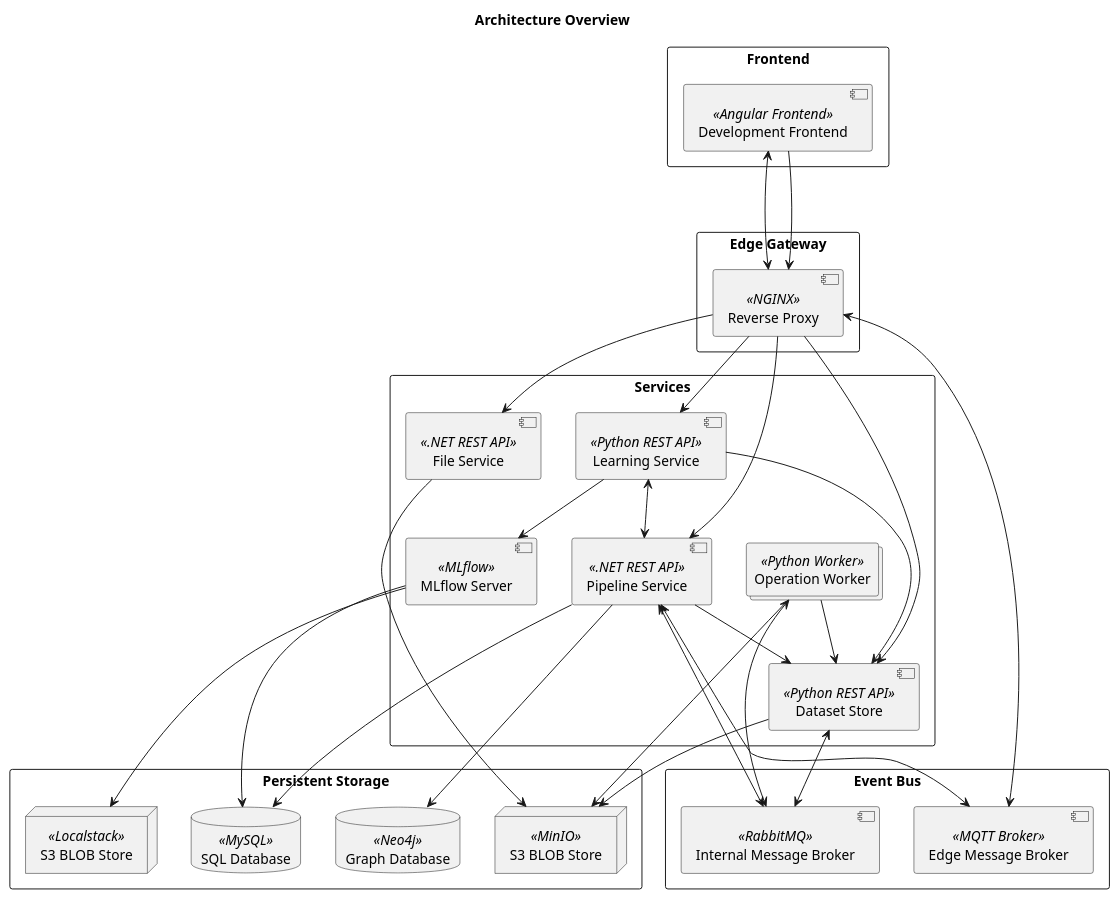
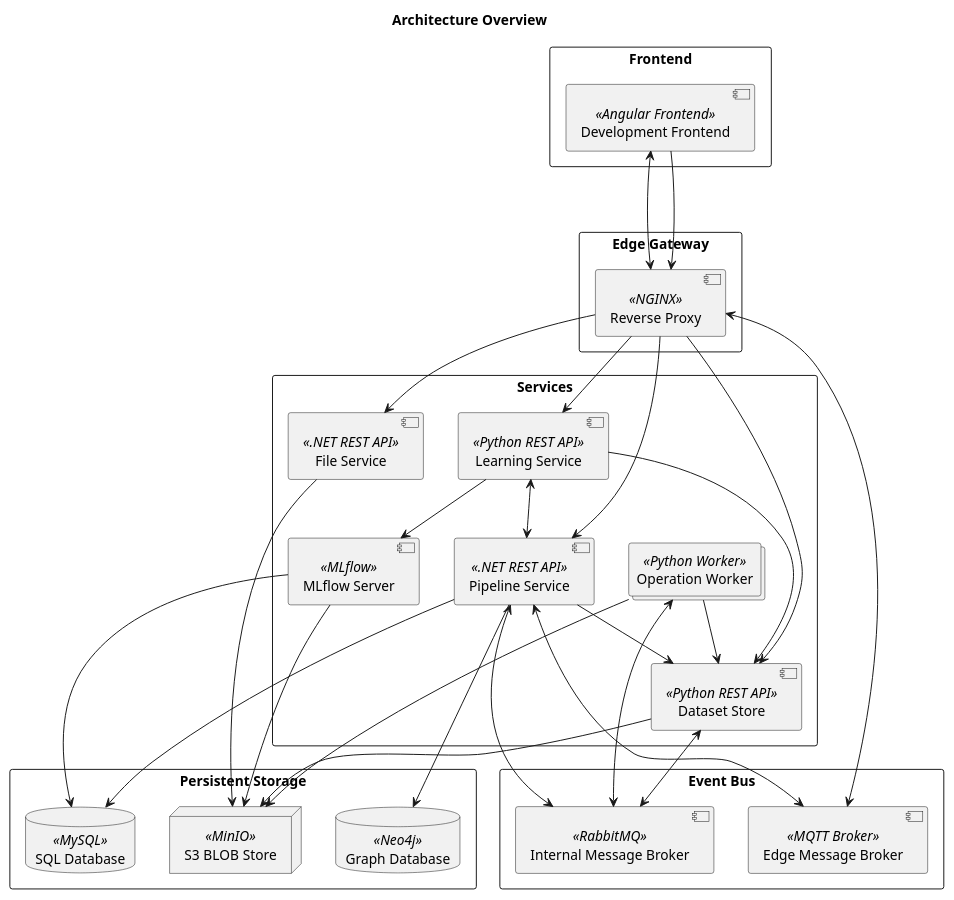
The diagram in docs/architecture/overview.puml (project-hanse/prototype-a), drawn with PlantUML before and after one commit. The commit also changed 9 other files, not shown here.

First line of the commit message:
refactor: store ml models in minio

```diff
--- a/docs/architecture/overview.puml
+++ b/docs/architecture/overview.puml
@@ -1,80 +1,79 @@
 @startuml
 'https://plantuml.com/deployment-diagram
 
 title "Architecture Overview"
 
 'Definitions'
 
 rectangle "Frontend" {
     component "Development Frontend" << Angular Frontend >> as development_frontend
 }
 
 rectangle "Edge Gateway" {
     component "Reverse Proxy" << NGINX >> as reverse_proxy
 }
 
 rectangle "Event Bus" {
     component "Internal Message Broker" << RabbitMQ >> as message_broker_internal
     component "Edge Message Broker" << MQTT Broker >> as message_broker_edge
 }
 
 rectangle "Services" {
     component "Pipeline Service" << .NET REST API >> as pipeline_service
     collections  "Operation Worker" <<Python Worker>> as worker
     component "Learning Service" << Python REST API >> as learning_service
     component "File Service" << .NET REST API >> as file_service
     ' component "Database Admin" << Adminer >> as adminer
     component "Dataset Store" << Python REST API >> as dataset_store
     component "MLflow Server" << MLflow >> as mlflow_server
 }
 
 rectangle "Persistent Storage" {
     database "Graph Database" << Neo4j >> as graph_db
-    node "S3 BLOB Store" << Localstack >> as blob_store
     node "S3 BLOB Store" << MinIO >> as blob_store_minio
     'database #line.dashed "Dataset Database" << MongoDB >> as dataset_db
     database "SQL Database" << MySQL >> as mysql_db
 }
 
 'Interaction'
 
 development_frontend <---> reverse_proxy
 development_frontend --> reverse_proxy
 
 reverse_proxy --> pipeline_service
 reverse_proxy --> learning_service
 reverse_proxy --> file_service
 reverse_proxy <--> message_broker_edge
 'TODO: This connection should no longer exist'
 reverse_proxy --> dataset_store
 ' reverse_proxy --> mlflow_server
 'reverse_proxy --> adminer
 ' reverse_proxy --> message_broker_internal
 
 learning_service --> mlflow_server
 learning_service --> dataset_store
 learning_service <--> pipeline_service
 
 pipeline_service --> graph_db
 pipeline_service <---> message_broker_internal
 pipeline_service <---> message_broker_edge
 pipeline_service --> mysql_db
 pipeline_service --> dataset_store
 
 'adminer --> mysql_db
 
 dataset_store --> blob_store_minio
 dataset_store <--> message_broker_internal
 'TODO: Default files should be seeded from file service PH-213'
 ' dataset_store --> blob_store
 
 file_service --> blob_store_minio
 
 mlflow_server --> mysql_db
-mlflow_server --> blob_store
+mlflow_server --> blob_store_minio
 
 worker --> dataset_store
 worker --> blob_store_minio
 worker <--> message_broker_internal
 
 @enduml
```
